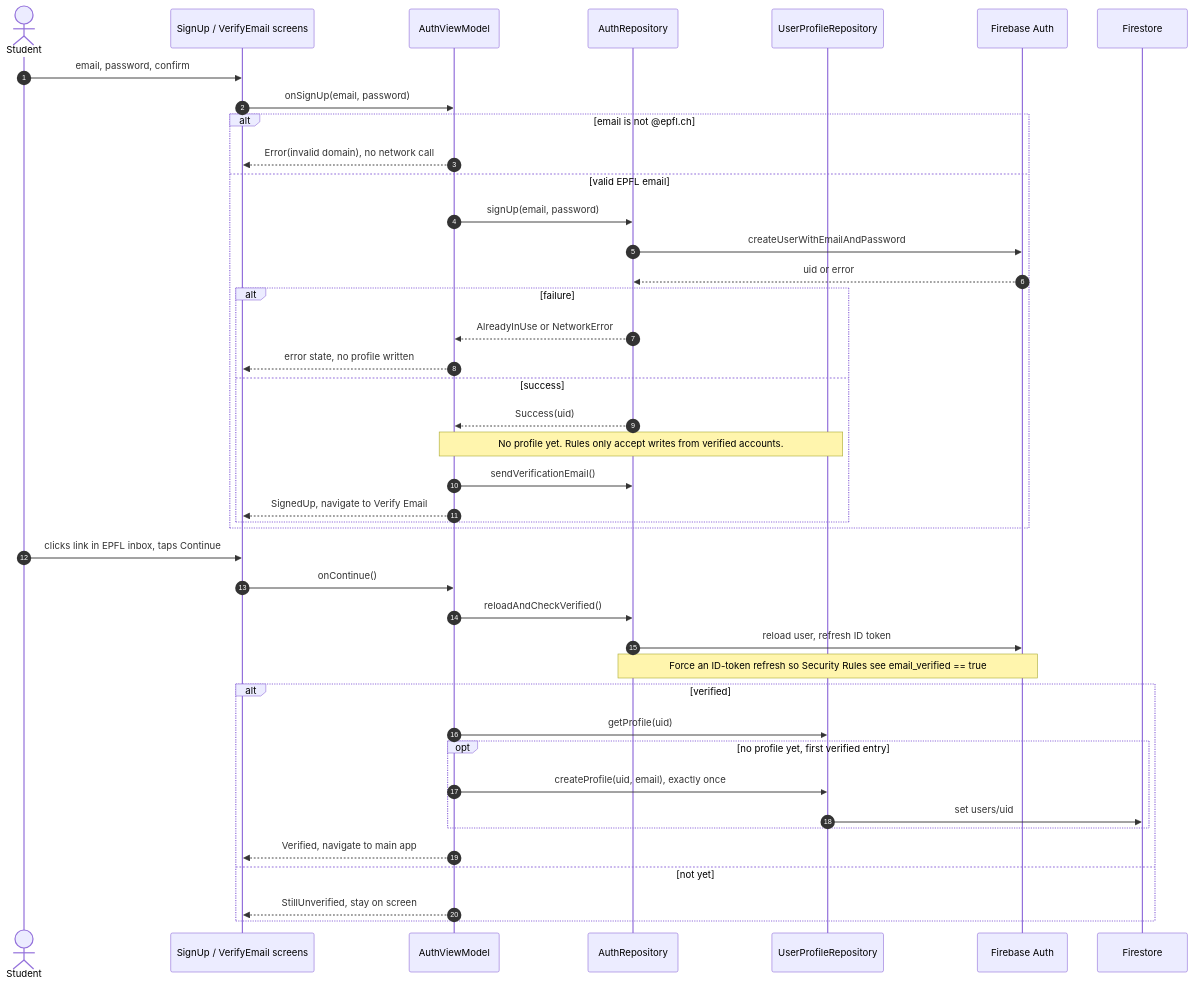
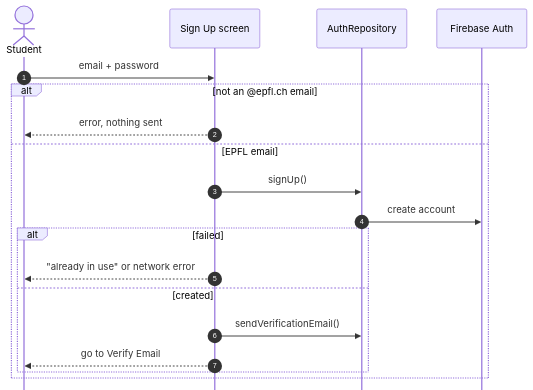
One commit to swent-polysocial/PolySocial changed the sixth of 11 diagrams in docs/Architecture-Diagram.md. Above: the diagram before and after it, drawn with Mermaid. The commit also changed other lines of this file, not shown here.

First line of the commit message:
docs: simplify key flows and data model

````diff
--- a/docs/Architecture-Diagram.md
+++ b/docs/Architecture-Diagram.md
@@ -368,45 +370,22 @@
 ```mermaid
+%%{init: {"sequence": {"mirrorActors": false, "actorFontSize": 15, "messageFontSize": 15, "noteFontSize": 14}}}%%
 sequenceDiagram
   autonumber
   actor S as Student
-  participant UI as SignUp / VerifyEmail screens
-  participant VM as AuthViewModel
+  participant App as Sign Up screen
   participant AR as AuthRepository
-  participant PR as UserProfileRepository
   participant FA as Firebase Auth
-  participant FS as Firestore
-
-  S->>UI: email, password, confirm
-  UI->>VM: onSignUp(email, password)
-  alt email is not @epfl.ch
-    VM-->>UI: Error(invalid domain), no network call
-  else valid EPFL email
-    VM->>AR: signUp(email, password)
-    AR->>FA: createUserWithEmailAndPassword
-    FA-->>AR: uid or error
-    alt failure
-      AR-->>VM: AlreadyInUse or NetworkError
-      VM-->>UI: error state, no profile written
-    else success
-      AR-->>VM: Success(uid)
-      Note over VM,PR: No profile yet. Rules only accept writes from verified accounts.
-      VM->>AR: sendVerificationEmail()
-      VM-->>UI: SignedUp, navigate to Verify Email
+  S->>App: email + password
+  alt not an @epfl.ch email
+    App-->>S: error, nothing sent
+  else EPFL email
+    App->>AR: signUp()
+    AR->>FA: create account
+    alt failed
+      App-->>S: "already in use" or network error
+    else created
+      App->>AR: sendVerificationEmail()
+      App-->>S: go to Verify Email
     end
   end
-  S->>UI: clicks link in EPFL inbox, taps Continue
-  UI->>VM: onContinue()
-  VM->>AR: reloadAndCheckVerified()
-  AR->>FA: reload user, refresh ID token
-  Note over AR,FA: Force an ID-token refresh so Security Rules see email_verified == true
-  alt verified
-    VM->>PR: getProfile(uid)
-    opt no profile yet, first verified entry
-      VM->>PR: createProfile(uid, email), exactly once
-      PR->>FS: set users/uid
-    end
-    VM-->>UI: Verified, navigate to main app
-  else not yet
-    VM-->>UI: StillUnverified, stay on screen
-  end
 ```
````
